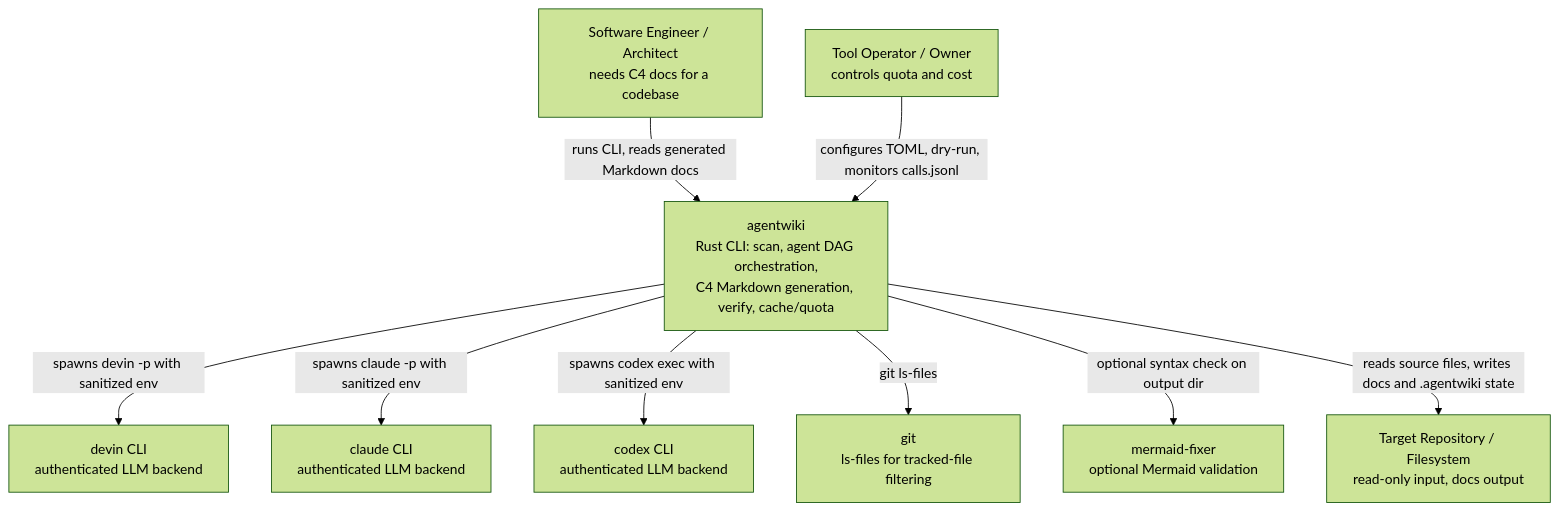
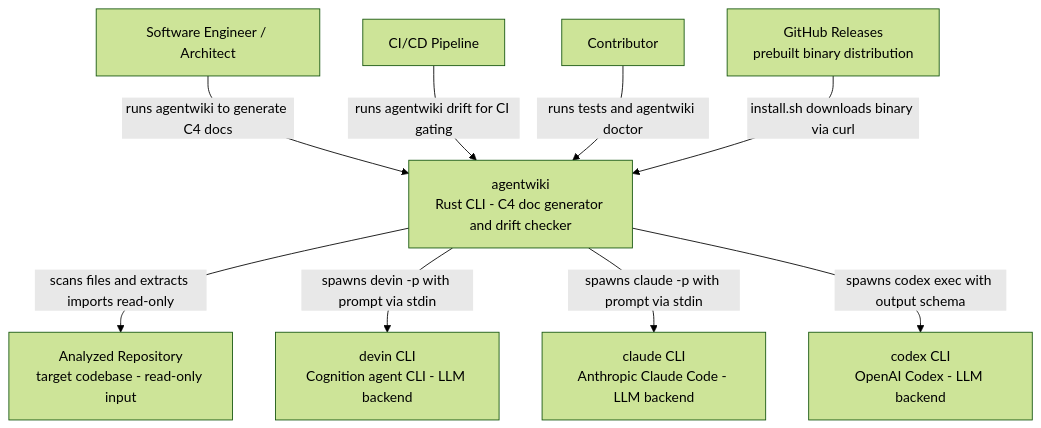
The diagram in docs/en/1.Overview.md (tidusvn05/agentwiki), drawn with Mermaid (forest theme) before and after one commit. The commit also changed other lines of this file and 49 other files, not shown here.

````diff
--- a/docs/en/1.Overview.md
+++ b/docs/en/1.Overview.md
@@ -105,24 +80,24 @@
 ```mermaid
 graph TD
-    Engineer["Software Engineer / Architect<br/>needs C4 docs for a codebase"]
-    Operator["Tool Operator / Owner<br/>controls quota and cost"]
+    User_Dev["Software Engineer / Architect"]
+    User_CI["CI/CD Pipeline"]
+    User_Contrib["Contributor"]
 
-    AgentWiki["agentwiki<br/>Rust CLI: scan, agent DAG orchestration,<br/>C4 Markdown generation, verify, cache/quota"]
+    AgentWiki["agentwiki<br/>Rust CLI - C4 doc generator and drift checker"]
 
-    DevinCLI["devin CLI<br/>authenticated LLM backend"]
-    ClaudeCLI["claude CLI<br/>authenticated LLM backend"]
-    CodexCLI["codex CLI<br/>authenticated LLM backend"]
-    Git["git<br/>ls-files for tracked-file filtering"]
-    MermaidFixer["mermaid-fixer<br/>optional Mermaid validation"]
-    TargetRepo["Target Repository / Filesystem<br/>read-only input, docs output"]
+    DevinCLI["devin CLI<br/>Cognition agent CLI - LLM backend"]
+    ClaudeCLI["claude CLI<br/>Anthropic Claude Code - LLM backend"]
+    CodexCLI["codex CLI<br/>OpenAI Codex - LLM backend"]
+    GitHubRel["GitHub Releases<br/>prebuilt binary distribution"]
+    TargetRepo["Analyzed Repository<br/>target codebase - read-only input"]
 
-    Engineer -->|"runs CLI, reads generated Markdown docs"| AgentWiki
-    Operator -->|"configures TOML, dry-run, monitors calls.jsonl"| AgentWiki
+    User_Dev -->|"runs agentwiki to generate C4 docs"| AgentWiki
+    User_CI -->|"runs agentwiki drift for CI gating"| AgentWiki
+    User_Contrib -->|"runs tests and agentwiki doctor"| AgentWiki
 
-    AgentWiki -->|"spawns devin -p with sanitized env"| DevinCLI
-    AgentWiki -->|"spawns claude -p with sanitized env"| ClaudeCLI
-    AgentWiki -->|"spawns codex exec with sanitized env"| CodexCLI
-    AgentWiki -->|"git ls-files"| Git
-    AgentWiki -->|"optional syntax check on output dir"| MermaidFixer
-    AgentWiki -->|"reads source files, writes docs and .agentwiki state"| TargetRepo
+    AgentWiki -->|"scans files and extracts imports read-only"| TargetRepo
+    AgentWiki -->|"spawns devin -p with prompt via stdin"| DevinCLI
+    AgentWiki -->|"spawns claude -p with prompt via stdin"| ClaudeCLI
+    AgentWiki -->|"spawns codex exec with output schema"| CodexCLI
+    GitHubRel -->|"install.sh downloads binary via curl"| AgentWiki
 ```
````
